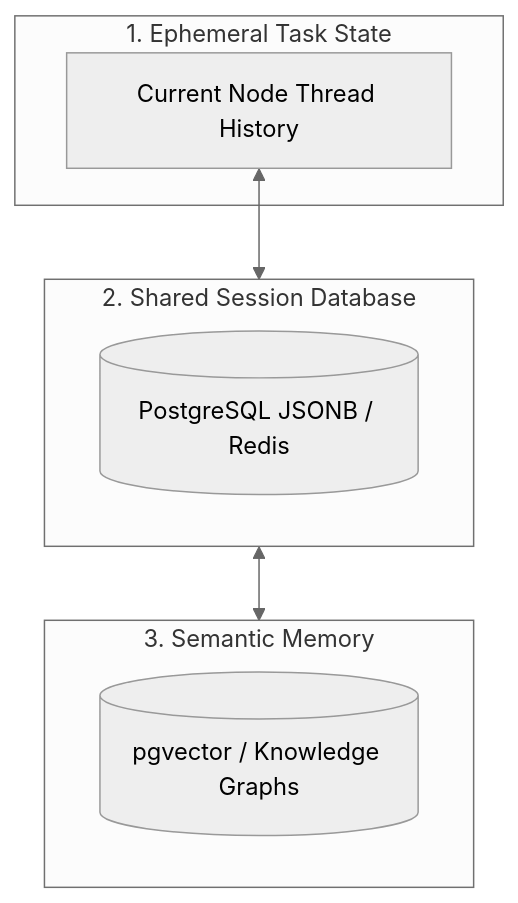
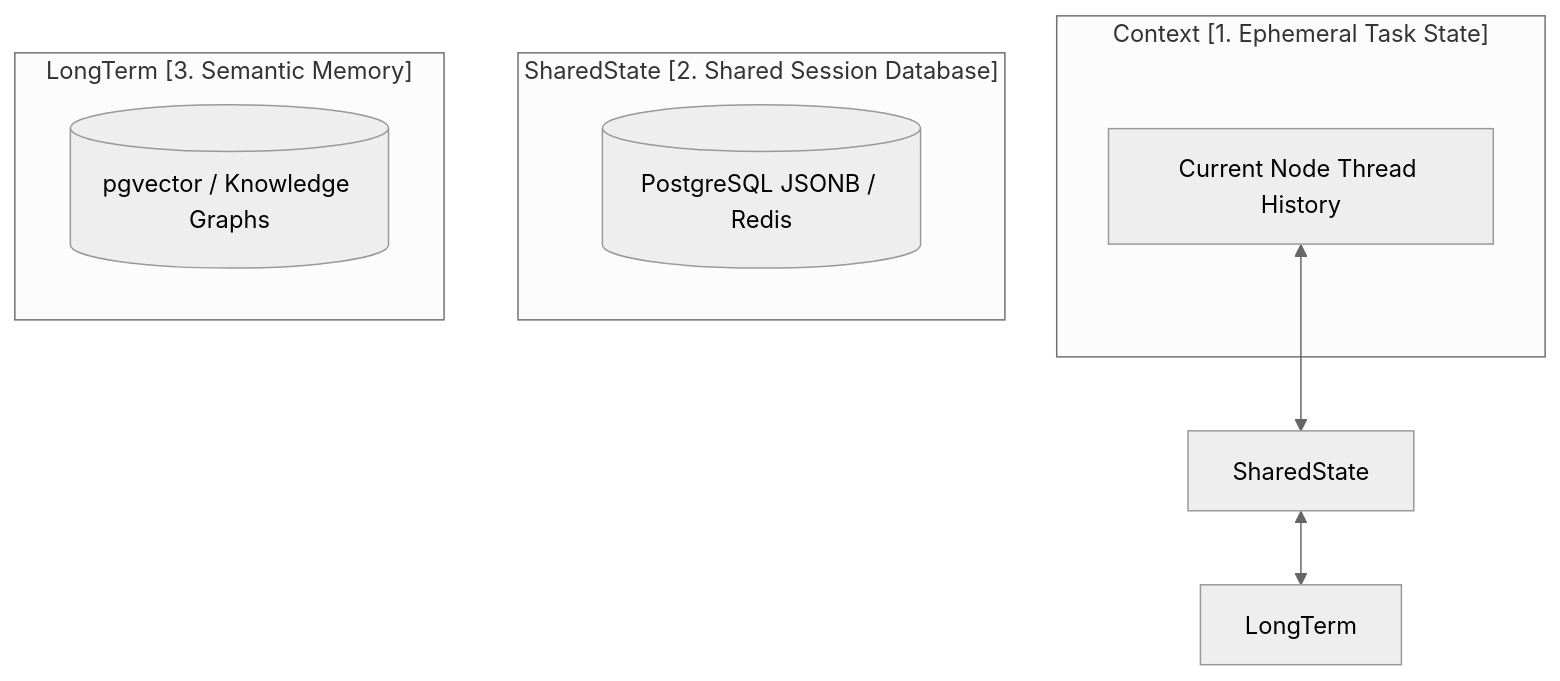
One commit to akmalkhaniub/akmalkhaniub.github.io changed the diagram in blog/posts/memory-state-context-multi-agent.md. Above: the diagram before and after it, drawn with Mermaid (neutral theme). The commit also changed 600 other files, not shown here.

Commit message:
fix(blog): resolve Mermaid v10 syntax errors across Figure 1 and publication subgraphs

````diff
--- a/blog/posts/memory-state-context-multi-agent.md
+++ b/blog/posts/memory-state-context-multi-agent.md
@@ -20,15 +20,15 @@
 ```mermaid
 graph TD
-    subgraph Context [1. Ephemeral Task State]
+    subgraph SG1_Context1Ephemeral ["Context [1. Ephemeral Task State]"]
         Thread[Current Node Thread History]
     end
-    subgraph SharedState [2. Shared Session Database]
+    subgraph SG2_Sharedstate2Shared ["SharedState [2. Shared Session Database]"]
         PG[(PostgreSQL JSONB / Redis)]
     end
-    subgraph LongTerm [3. Semantic Memory]
+    subgraph SG3_Longterm3Semantic ["LongTerm [3. Semantic Memory]"]
         Vector[(pgvector / Knowledge Graphs)]
     end
     
     Thread <--> SharedState
     SharedState <--> LongTerm
 ```
````
